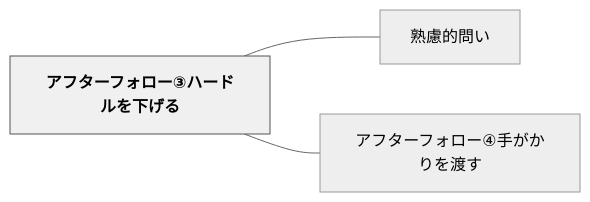
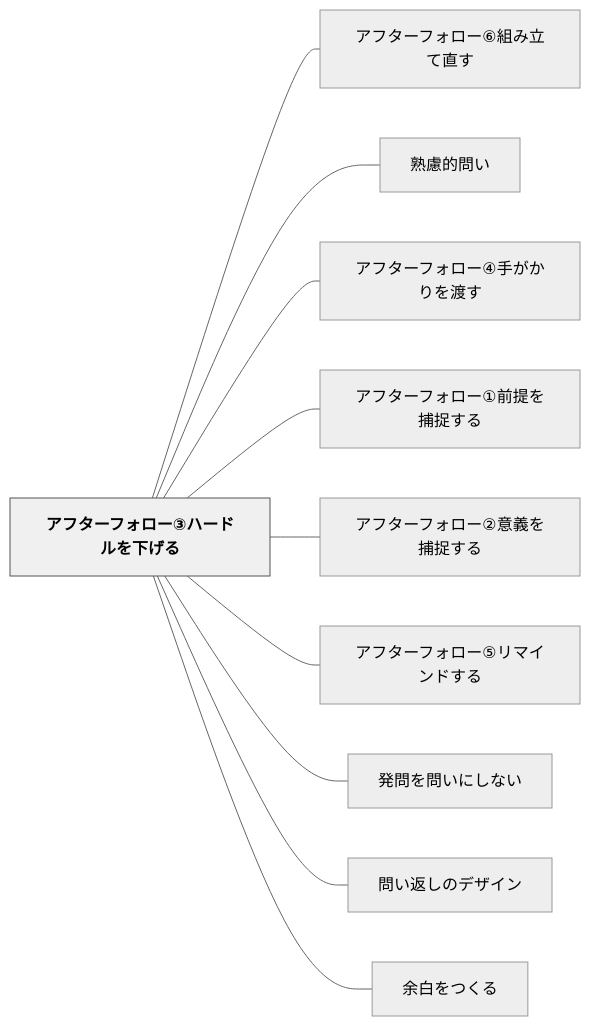
The diagram in content/パタン/アフターフォロー③ハードルを下げる.md (unknownthings-ed-patterns/unknownthings-ed-patterns), drawn with Mermaid (neutral theme) before and after one commit. The commit also changed other lines of this file and 38 other files, not shown here.

````diff
--- a/content/パタン/アフターフォロー③ハードルを下げる.md
+++ b/content/パタン/アフターフォロー③ハードルを下げる.md
@@ -39,12 +47,26 @@
 ```mermaid
 flowchart LR
     ne382a2e38395e382bfe383bce38395e382a9e383ade383bce291a2e3838fe383bce38389e383abe38292e4b88be38192e3828b["アフターフォロー③ハードルを下げる"]
+    ne382a2e38395e382bfe383bce38395e382a9e383ade383bce291a5e7b584e381bfe7ab8be381a6e79bb4e38199["アフターフォロー⑥組み立て直す"]
     ne7869fe685aee79a84e5958fe38184["熟慮的問い"]
     ne382a2e38395e382bfe383bce38395e382a9e383ade383bce291a3e6898be3818ce3818be3828ae38292e6b8a1e38199["アフターフォロー④手がかりを渡す"]
+    ne382a2e38395e382bfe383bce38395e382a9e383ade383bce291a0e5898de68f90e38292e68d95e68d89e38199e3828b["アフターフォロー①前提を捕捉する"]
+    ne382a2e38395e382bfe383bce38395e382a9e383ade383bce291a1e6848fe7bea9e38292e68d95e68d89e38199e3828b["アフターフォロー②意義を捕捉する"]
+    ne382a2e38395e382bfe383bce38395e382a9e383ade383bce291a4e383aae3839ee382a4e383b3e38389e38199e3828b["アフターフォロー⑤リマインドする"]
+    ne799bae5958fe38292e5958fe38184e381abe38197e381aae38184["発問を問いにしない"]
+    ne5958fe38184e8bf94e38197e381aee38387e382b6e382a4e383b3["問い返しのデザイン"]
+    ne4bd99e799bde38292e381a4e3818fe3828b["余白をつくる"]
 
+    ne382a2e38395e382bfe383bce38395e382a9e383ade383bce291a2e3838fe383bce38389e383abe38292e4b88be38192e3828b --- ne382a2e38395e382bfe383bce38395e382a9e383ade383bce291a5e7b584e381bfe7ab8be381a6e79bb4e38199
     ne382a2e38395e382bfe383bce38395e382a9e383ade383bce291a2e3838fe383bce38389e383abe38292e4b88be38192e3828b --- ne7869fe685aee79a84e5958fe38184
     ne382a2e38395e382bfe383bce38395e382a9e383ade383bce291a2e3838fe383bce38389e383abe38292e4b88be38192e3828b --- ne382a2e38395e382bfe383bce38395e382a9e383ade383bce291a3e6898be3818ce3818be3828ae38292e6b8a1e38199
+    ne382a2e38395e382bfe383bce38395e382a9e383ade383bce291a2e3838fe383bce38389e383abe38292e4b88be38192e3828b --- ne382a2e38395e382bfe383bce38395e382a9e383ade383bce291a0e5898de68f90e38292e68d95e68d89e38199e3828b
+    ne382a2e38395e382bfe383bce38395e382a9e383ade383bce291a2e3838fe383bce38389e383abe38292e4b88be38192e3828b --- ne382a2e38395e382bfe383bce38395e382a9e383ade383bce291a1e6848fe7bea9e38292e68d95e68d89e38199e3828b
+    ne382a2e38395e382bfe383bce38395e382a9e383ade383bce291a2e3838fe383bce38389e383abe38292e4b88be38192e3828b --- ne382a2e38395e382bfe383bce38395e382a9e383ade383bce291a4e383aae3839ee382a4e383b3e38389e38199e3828b
+    ne382a2e38395e382bfe383bce38395e382a9e383ade383bce291a2e3838fe383bce38389e383abe38292e4b88be38192e3828b --- ne799bae5958fe38292e5958fe38184e381abe38197e381aae38184
+    ne382a2e38395e382bfe383bce38395e382a9e383ade383bce291a2e3838fe383bce38389e383abe38292e4b88be38192e3828b --- ne5958fe38184e8bf94e38197e381aee38387e382b6e382a4e383b3
+    ne382a2e38395e382bfe383bce38395e382a9e383ade383bce291a2e3838fe383bce38389e383abe38292e4b88be38192e3828b --- ne4bd99e799bde38292e381a4e3818fe3828b
 
     classDef hub fill:#f0f0f0,stroke:#555,color:#000,font-weight:bold
     class ne382a2e38395e382bfe383bce38395e382a9e383ade383bce291a2e3838fe383bce38389e383abe38292e4b88be38192e3828b hub
 ```
````
